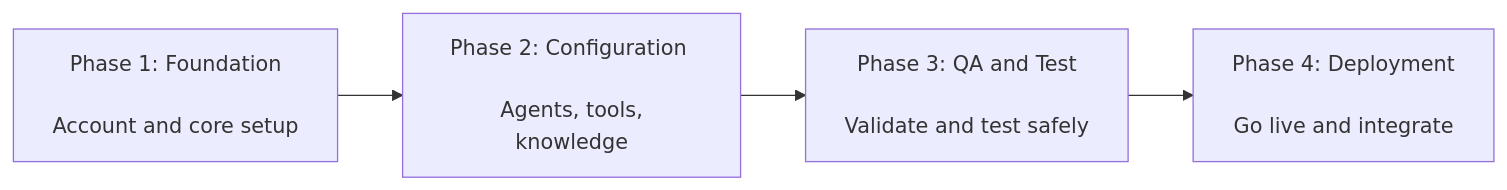
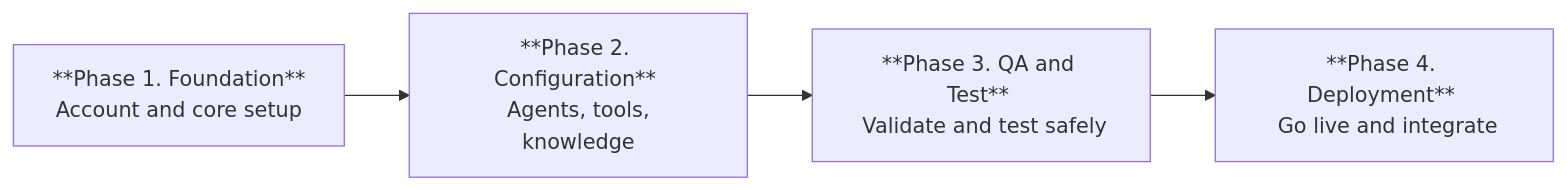
One commit to Koredotcom/docs-v2 changed the first of 2 diagrams in agent-platform/getting-started.mdx. Above: the diagram before and after it, drawn with Mermaid. The commit also changed other lines of this file and 9 other files, not shown here.

Commit message:
ascii-art to mermaid

````diff
--- a/agent-platform/getting-started.mdx
+++ b/agent-platform/getting-started.mdx
@@ -30,6 +30,9 @@
 ```mermaid
-graph LR
-    A["Phase 1: Foundation <br /><br /> Account and core setup"] --> B["Phase 2: Configuration <br /><br /> Agents, tools, knowledge"]
-    B --> C["Phase 3: QA and Test <br /><br /> Validate and test safely"]
-    C --> D["Phase 4: Deployment <br /><br /> Go live and integrate"]
+flowchart LR
+    A["**Phase 1. Foundation** <br /> Account and core setup"]
+    B["**Phase 2. Configuration** <br /> Agents, tools, knowledge"]
+    C["**Phase 3. QA and Test** <br /> Validate and test safely"]
+    D["**Phase 4. Deployment** <br /> Go live and integrate"]
+
+    A --> B --> C --> D
 ```
````
